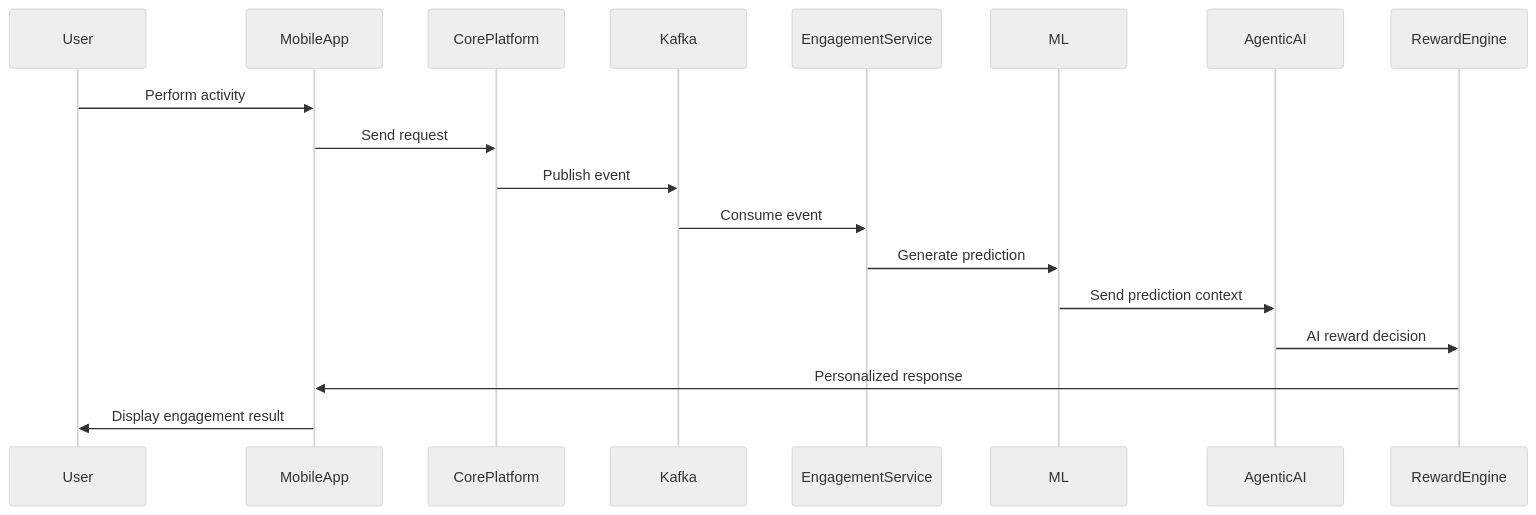
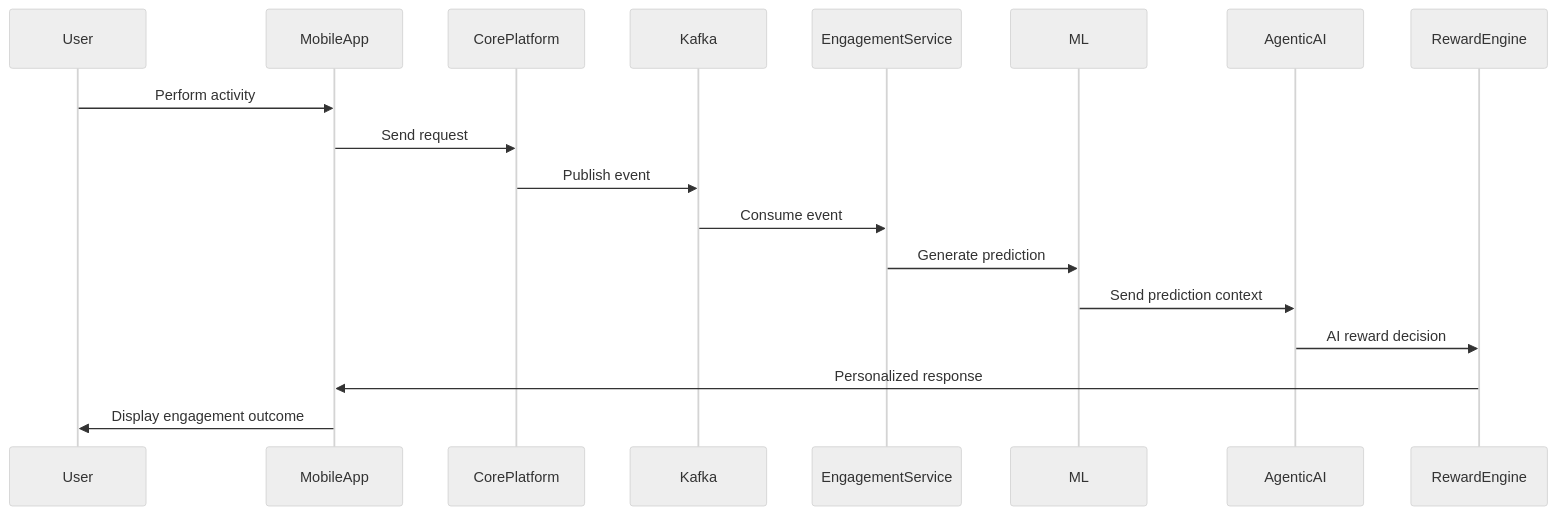
Before and after one commit to NiteshSingh-Luckyperson/enterprise-agentic-ai-platform: the second of 3 diagrams in README.md, drawn with Mermaid (neutral theme). The commit also changed other lines of this file, not shown here.

````diff
--- a/README.md
+++ b/README.md
@@ -216,27 +231,27 @@
 ```mermaid
 sequenceDiagram
 
 participant User
 participant MobileApp
 participant CorePlatform
 participant Kafka
 participant EngagementService
 participant ML
 participant AgenticAI
 participant RewardEngine
 
 User->>MobileApp: Perform activity
 MobileApp->>CorePlatform: Send request
 CorePlatform->>Kafka: Publish event
 
 Kafka->>EngagementService: Consume event
 EngagementService->>ML: Generate prediction
 
 ML->>AgenticAI: Send prediction context
 
 AgenticAI->>RewardEngine: AI reward decision
 
 RewardEngine->>MobileApp: Personalized response
 
-MobileApp->>User: Display engagement result
+MobileApp->>User: Display engagement outcome
 ```
````
